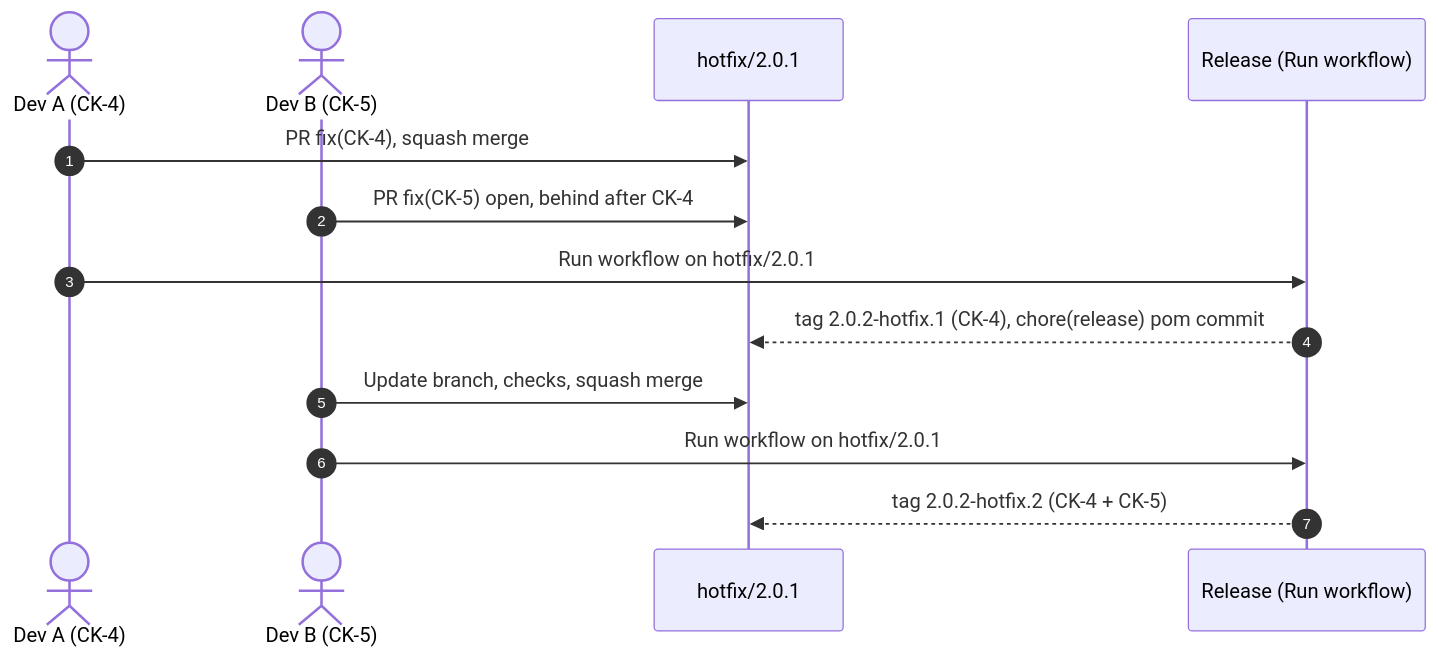
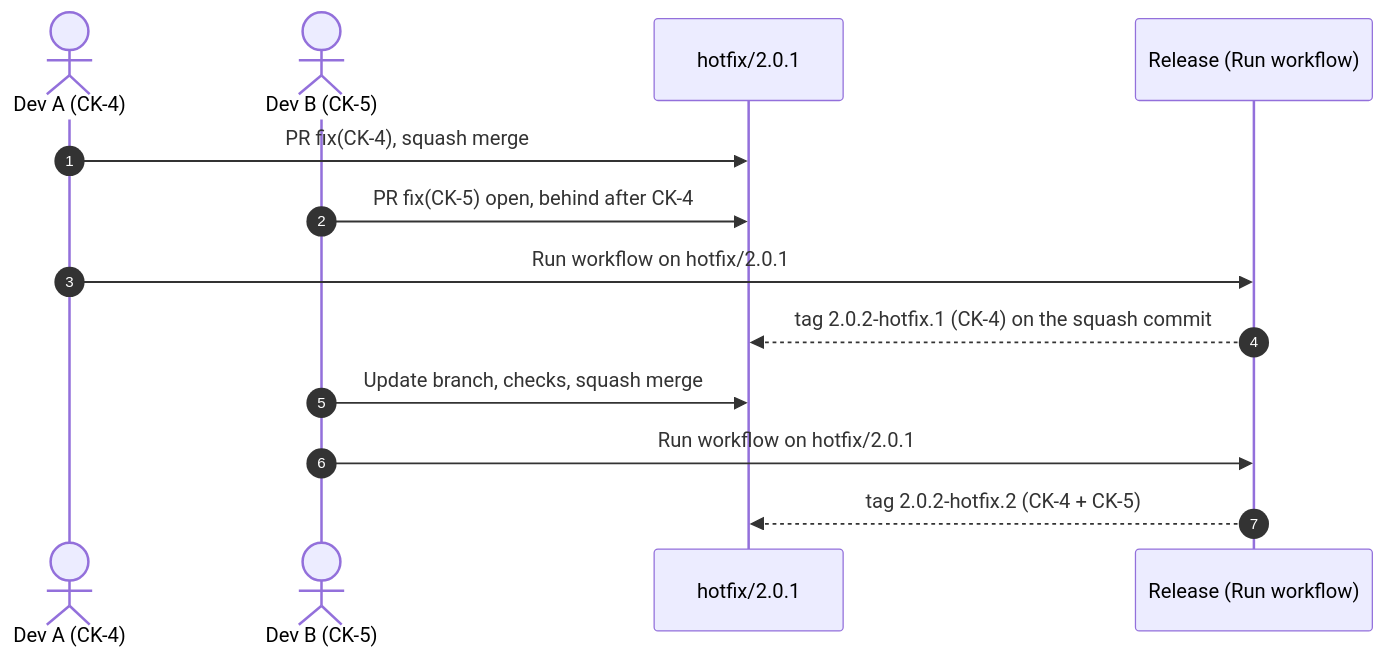
The fourth of 4 diagrams in README.md (avall/homelab-poc-semantic-version), drawn with Mermaid before and after one commit. The commit also changed other lines of this file and 1 other file, not shown here.

Commit message:
ci(CK-4): skip pom.xml commit on hotfix releases [skip ci]

````diff
--- a/README.md
+++ b/README.md
@@ -244,15 +259,15 @@
 ```mermaid
 sequenceDiagram
   autonumber
   actor A as Dev A (CK-4)
   actor B as Dev B (CK-5)
   participant H as hotfix/2.0.1
   participant R as Release (Run workflow)
   A->>H: PR fix(CK-4), squash merge
   B->>H: PR fix(CK-5) open, behind after CK-4
   A->>R: Run workflow on hotfix/2.0.1
-  R-->>H: tag 2.0.2-hotfix.1 (CK-4), chore(release) pom commit
+  R-->>H: tag 2.0.2-hotfix.1 (CK-4) on the squash commit
   B->>H: Update branch, checks, squash merge
   B->>R: Run workflow on hotfix/2.0.1
   R-->>H: tag 2.0.2-hotfix.2 (CK-4 + CK-5)
 ```
````
